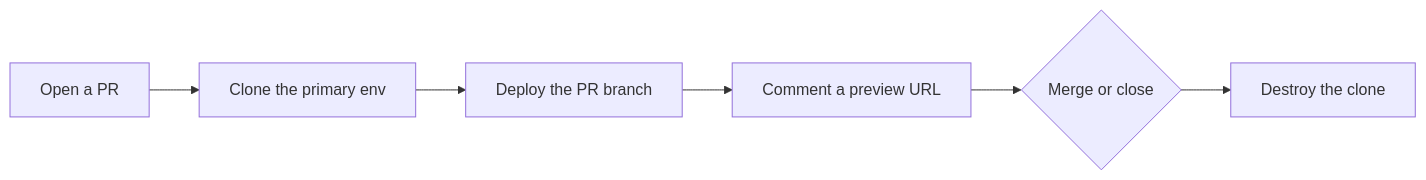
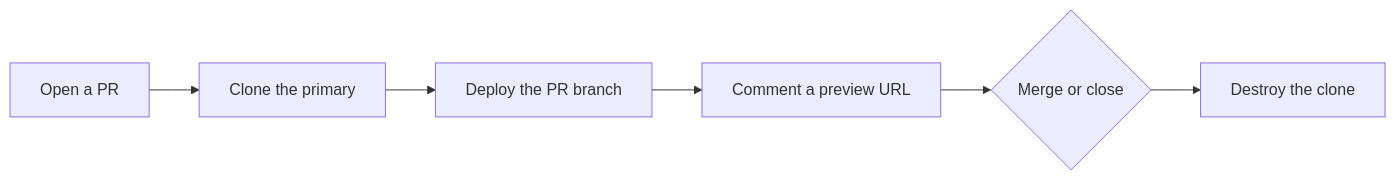
The diagram in _posts/2026-09-22-bunnyshell-ephemeral-environments.md (vijaykumarjob0701/theintelliwise), drawn with Mermaid before and after one commit. The commit also changed other lines of this file and 14 other files, not shown here.

````diff
--- a/_posts/2026-09-22-bunnyshell-ephemeral-environments.md
+++ b/_posts/2026-09-22-bunnyshell-ephemeral-environments.md
@@ -17,8 +29,8 @@
 ```mermaid
 flowchart LR
-  A[Open a PR] --> B[Clone the primary env]
+  A[Open a PR] --> B[Clone the primary]
   B --> C[Deploy the PR branch]
   C --> D[Comment a preview URL]
   D --> E{Merge or close}
   E --> F[Destroy the clone]
 ```
````
